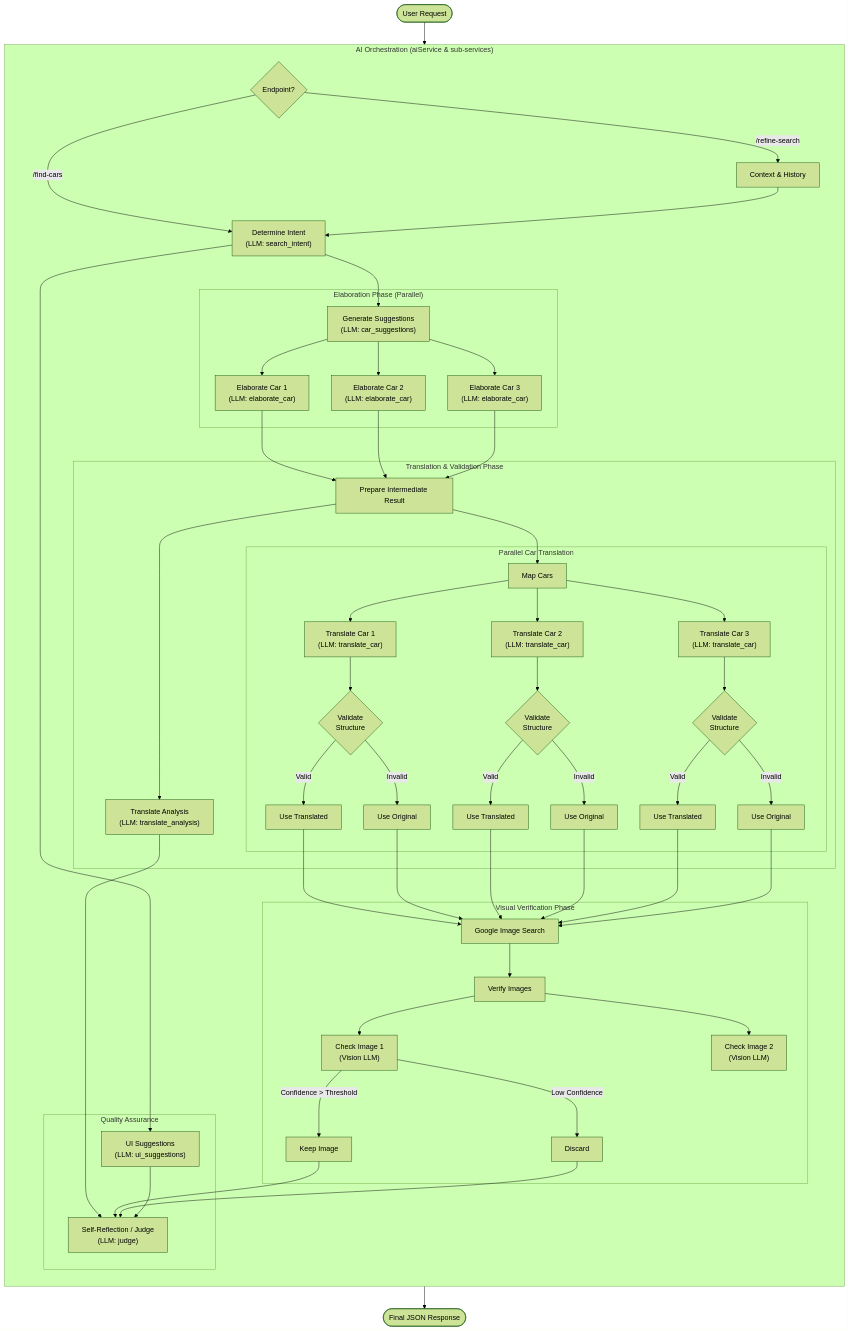
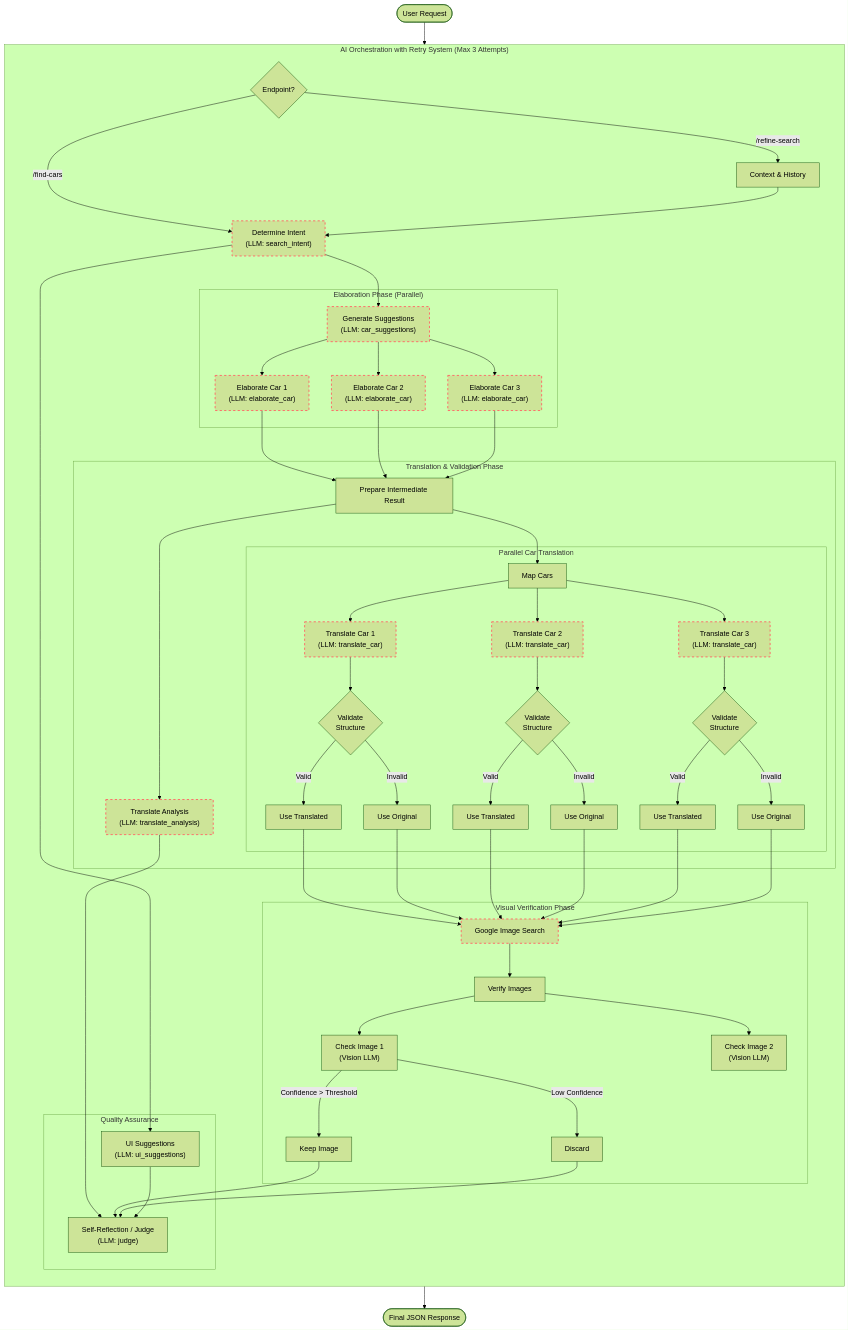
The diagram in README.md (lucapalomba/carGPT), drawn with Mermaid (forest theme) before and after one commit. The commit also changed other lines of this file and 3 other files, not shown here.

````diff
--- a/README.md
+++ b/README.md
@@ -209,63 +210,75 @@
 ```mermaid
 flowchart TD
     User([User Request]) --> Router{Endpoint?}
     
-    subgraph "AI Orchestration (aiService & sub-services)"
+    subgraph "AI Orchestration with Retry System (Max 3 Attempts)"
         direction TB
         Router -->|/find-cars| Intent["Determine Intent<br/>(LLM: search_intent)"]
         Router -->|/refine-search| Refine[Context & History]
         Refine --> Intent
         
         Intent --> Suggestions["Generate Suggestions<br/>(LLM: car_suggestions)"]
         Intent --> UISuggestions["UI Suggestions<br/>(LLM: ui_suggestions)"]
         
         subgraph "Elaboration Phase (Parallel)"
             Suggestions --> Elab1["Elaborate Car 1<br/>(LLM: elaborate_car)"]
             Suggestions --> Elab2["Elaborate Car 2<br/>(LLM: elaborate_car)"]
             Suggestions --> Elab3["Elaborate Car 3<br/>(LLM: elaborate_car)"]
         end
         
         Elab1 & Elab2 & Elab3 --> PrepareTrans[Prepare Intermediate Result]
         
         subgraph "Translation & Validation Phase"
             PrepareTrans --> TransAnalysis["Translate Analysis<br/>(LLM: translate_analysis)"]
             PrepareTrans --> TransCars
             
             subgraph "Parallel Car Translation"
                 TransCars[Map Cars] --> TC1["Translate Car 1<br/>(LLM: translate_car)"]
                 TransCars --> TC2["Translate Car 2<br/>(LLM: translate_car)"]
                 TransCars --> TC3["Translate Car 3<br/>(LLM: translate_car)"]
                 
                 TC1 --> Val1{"Validate<br/>Structure"}
                 TC2 --> Val2{"Validate<br/>Structure"}
                 TC3 --> Val3{"Validate<br/>Structure"}
                 
                 Val1 -->|Valid| OK1[Use Translated]
                 Val1 -->|Invalid| Fallback1[Use Original]
                 
                 Val2 -->|Valid| OK2[Use Translated]
                 Val2 -->|Invalid| Fallback2[Use Original]
                 
                 Val3 -->|Valid| OK3[Use Translated]
                 Val3 -->|Invalid| Fallback3[Use Original]
             end
         end
         
         OK1 & Fallback1 & OK2 & Fallback2 & OK3 & Fallback3 --> ImageSearch
         
         subgraph "Visual Verification Phase"
             ImageSearch[Google Image Search] --> Verify[Verify Images]
             Verify --> Vision1["Check Image 1<br/>(Vision LLM)"]
             Verify --> Vision2["Check Image 2<br/>(Vision LLM)"]
             
             Vision1 -->|Confidence > Threshold| Keep1[Keep Image]
             Vision1 -->|Low Confidence| Drop1[Discard]
         end
 
         subgraph "Quality Assurance"
             TransAnalysis & Keep1 & Drop1 & UISuggestions --> Judge["Self-Reflection / Judge<br/>(LLM: judge)"]
         end
+        
+        %% Retry Logic Hint
+        style Intent stroke:#f66,stroke-width:2px,stroke-dasharray: 5 5
+        style Suggestions stroke:#f66,stroke-width:2px,stroke-dasharray: 5 5
+        style Elab1 stroke:#f66,stroke-width:2px,stroke-dasharray: 5 5
+        style Elab2 stroke:#f66,stroke-width:2px,stroke-dasharray: 5 5
+        style Elab3 stroke:#f66,stroke-width:2px,stroke-dasharray: 5 5
+        style TransAnalysis stroke:#f66,stroke-width:2px,stroke-dasharray: 5 5
+        style TC1 stroke:#f66,stroke-width:2px,stroke-dasharray: 5 5
+        style TC2 stroke:#f66,stroke-width:2px,stroke-dasharray: 5 5
+        style TC3 stroke:#f66,stroke-width:2px,stroke-dasharray: 5 5
+        style ImageSearch stroke:#f66,stroke-width:2px,stroke-dasharray: 5 5
     end
     
     Judge --> FinalResponse([Final JSON Response])
 ```
````
